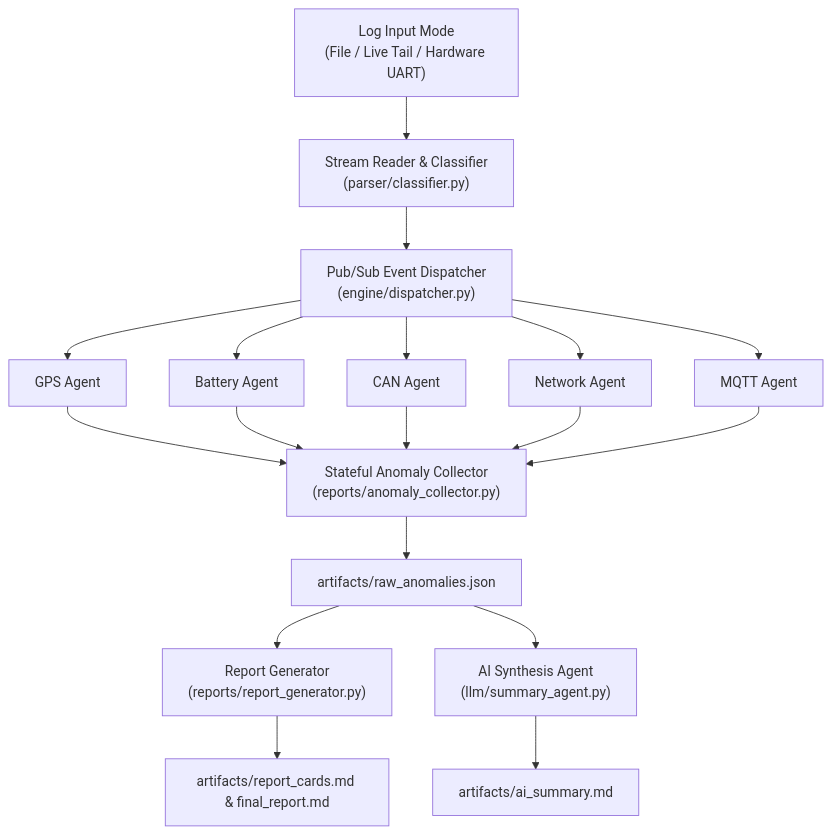
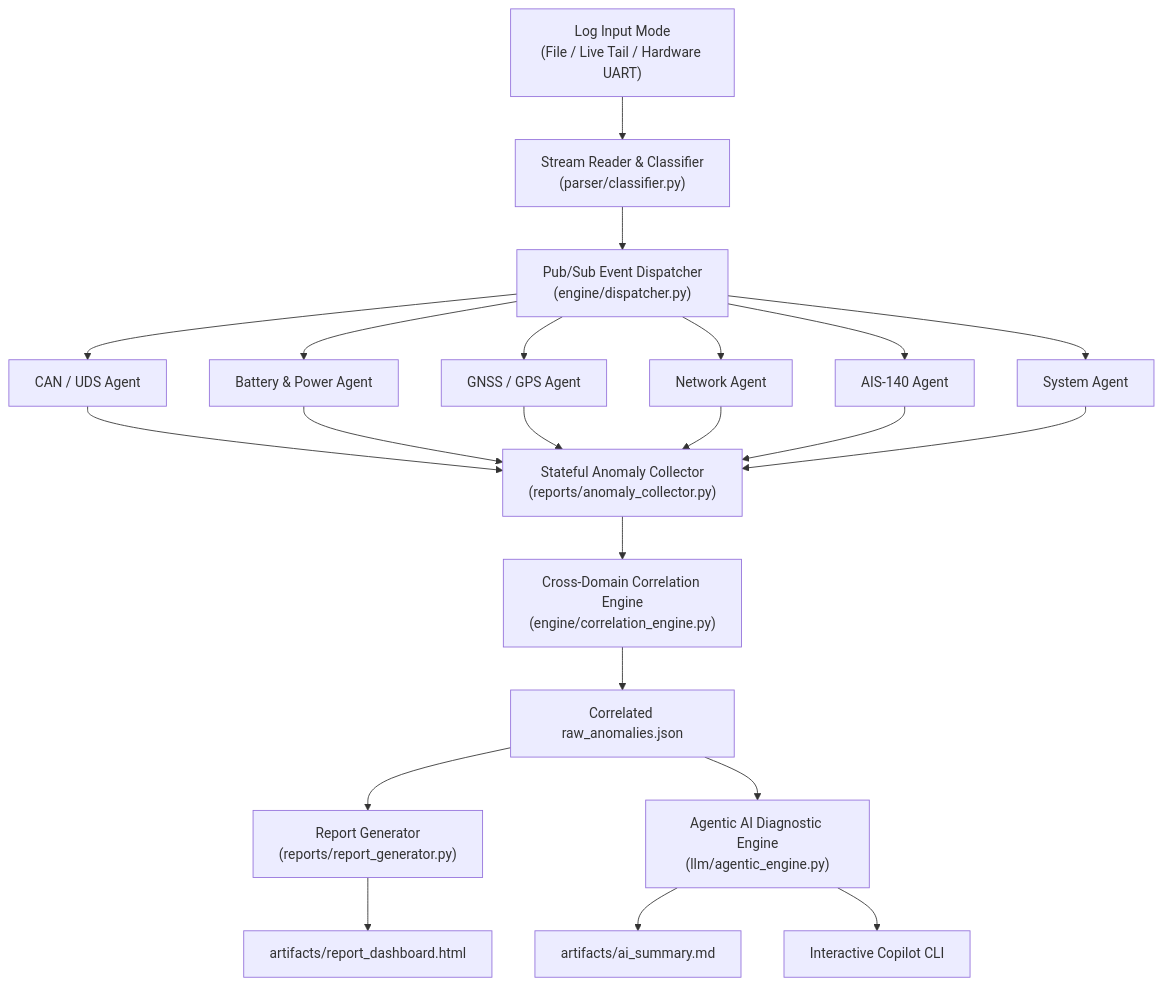
Before and after one commit to Accolade-Qa/LOG_ANALYZER: the diagram in README.md, drawn with Mermaid. The commit also changed other lines of this file and 39 other files, not shown here.

Commit message:
feat: implement log analyzer with multi-domain agents, knowledge bases, and LLM summarization

````diff
--- a/README.md
+++ b/README.md
@@ -31,20 +35,19 @@
 ```mermaid
-graph TD
+flowchart TD
     A["Log Input Mode<br/>(File / Live Tail / Hardware UART)"] --> B["Stream Reader & Classifier<br/>(parser/classifier.py)"]
     B --> C["Pub/Sub Event Dispatcher<br/>(engine/dispatcher.py)"]
-    C --> D1["GPS Agent"]
-    C --> D2["Battery Agent"]
-    C --> D3["CAN Agent"]
+    C --> D1["CAN / UDS Agent"]
+    C --> D2["Battery & Power Agent"]
+    C --> D3["GNSS / GPS Agent"]
     C --> D4["Network Agent"]
-    C --> D5["MQTT Agent"]
-    D1 --> E["Stateful Anomaly Collector<br/>(reports/anomaly_collector.py)"]
-    D2 --> E
-    D3 --> E
-    D4 --> E
-    D5 --> E
-    E --> F["artifacts/raw_anomalies.json"]
-    F --> G["Report Generator<br/>(reports/report_generator.py)"]
-    F --> H["AI Synthesis Agent<br/>(llm/summary_agent.py)"]
-    G --> I["artifacts/report_cards.md & final_report.md"]
-    H --> J["artifacts/ai_summary.md"]
+    C --> D5["AIS-140 Agent"]
+    C --> D6["System Agent"]
+    D1 & D2 & D3 & D4 & D5 & D6 --> E["Stateful Anomaly Collector<br/>(reports/anomaly_collector.py)"]
+    E --> F["Cross-Domain Correlation Engine<br/>(engine/correlation_engine.py)"]
+    F --> G["Correlated raw_anomalies.json"]
+    G --> H["Report Generator<br/>(reports/report_generator.py)"]
+    G --> I["Agentic AI Diagnostic Engine<br/>(llm/agentic_engine.py)"]
+    H --> J["artifacts/report_dashboard.html"]
+    I --> K["artifacts/ai_summary.md"]
+    I --> L["Interactive Copilot CLI"]
 ```
````
